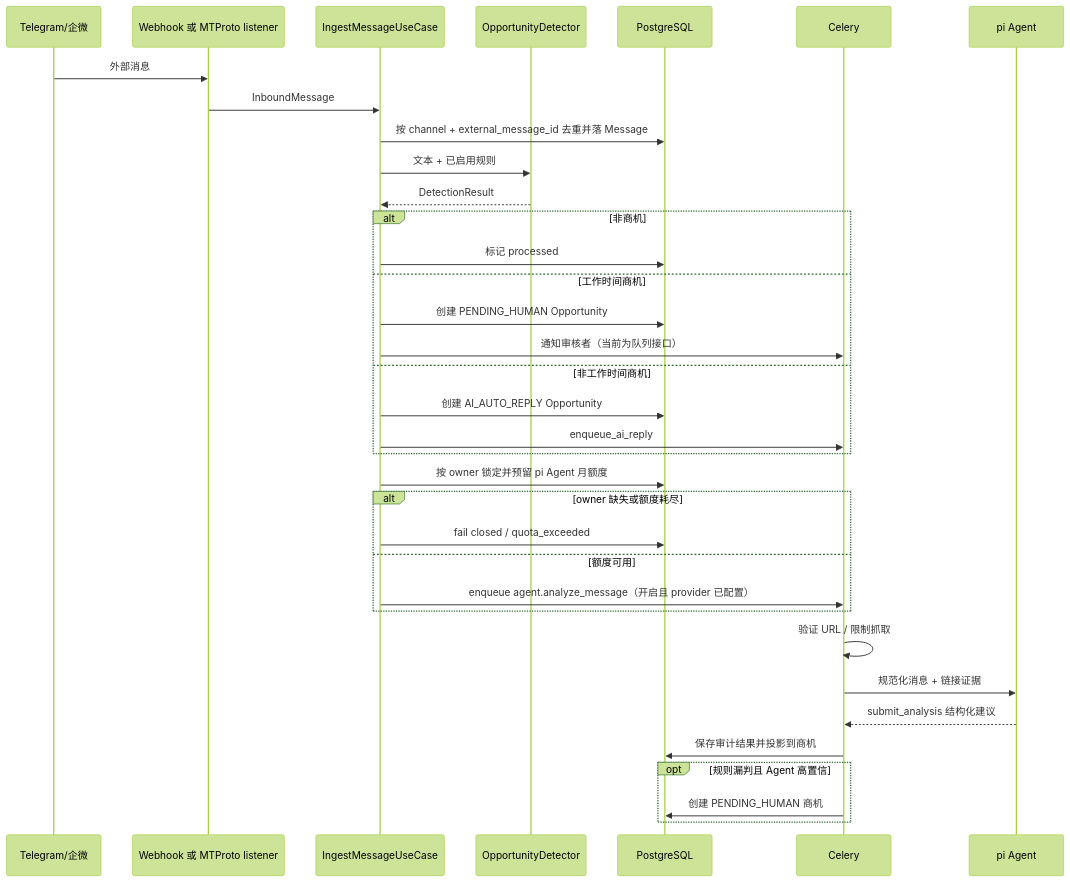
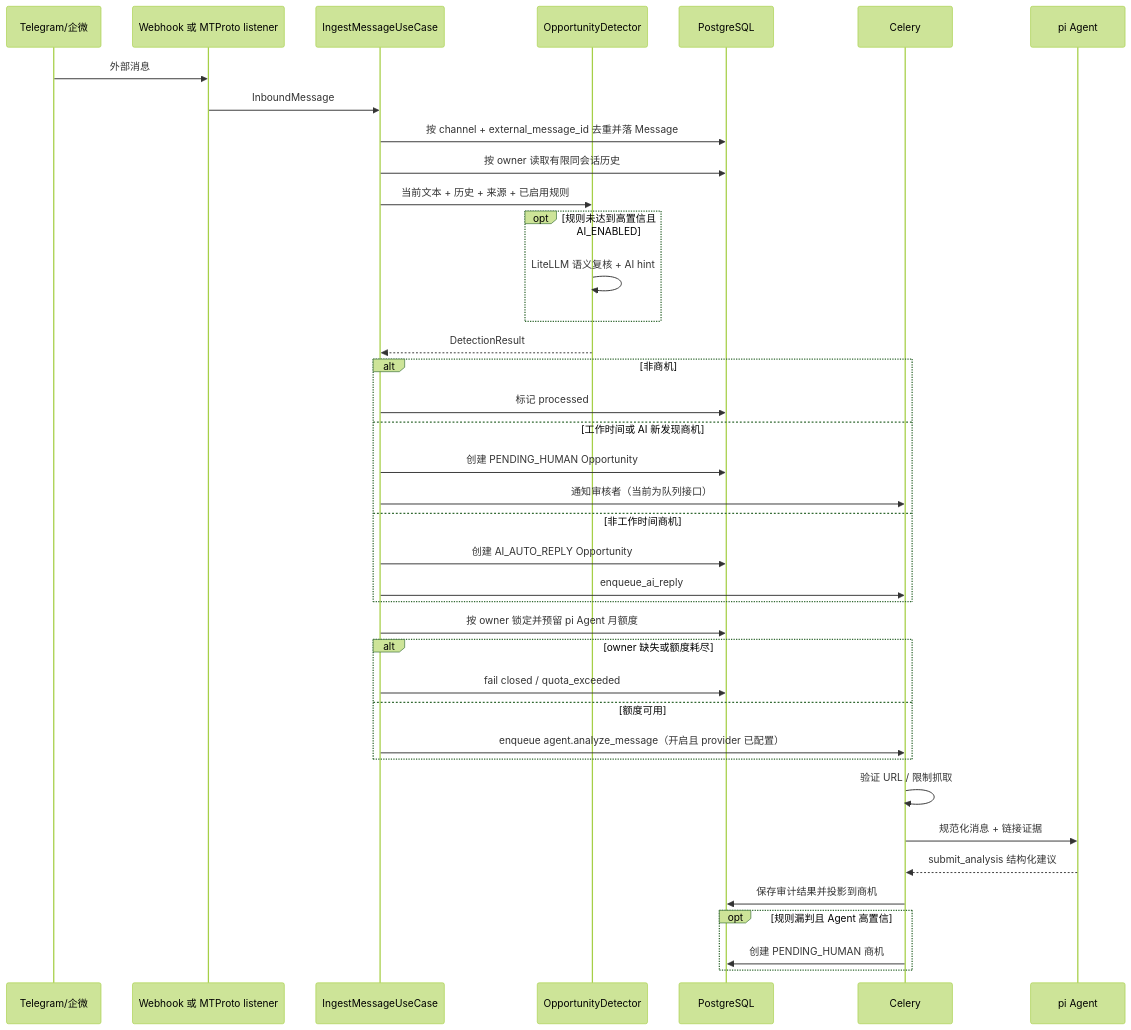
The third of 4 diagrams in docs/architecture/overview.md (story2u/OpenMIRA), drawn with Mermaid (forest theme) before and after one commit. The commit also changed other lines of this file and 13 other files, not shown here.

````diff
--- a/docs/architecture/overview.md
+++ b/docs/architecture/overview.md
@@ -104,38 +104,42 @@
 ```mermaid
 sequenceDiagram
     participant IM as Telegram/企微
     participant E as Webhook 或 MTProto listener
     participant U as IngestMessageUseCase
     participant D as OpportunityDetector
     participant DB as PostgreSQL
     participant Q as Celery
     participant P as pi Agent
 
     IM->>E: 外部消息
     E->>U: InboundMessage
     U->>DB: 按 channel + external_message_id 去重并落 Message
-    U->>D: 文本 + 已启用规则
+    U->>DB: 按 owner 读取有限同会话历史
+    U->>D: 当前文本 + 历史 + 来源 + 已启用规则
+    opt 规则未达到高置信且 AI_ENABLED
+        D->>D: LiteLLM 语义复核 + AI hint
+    end
     D-->>U: DetectionResult
     alt 非商机
         U->>DB: 标记 processed
-    else 工作时间商机
+    else 工作时间或 AI 新发现商机
         U->>DB: 创建 PENDING_HUMAN Opportunity
         U->>Q: 通知审核者（当前为队列接口）
     else 非工作时间商机
         U->>DB: 创建 AI_AUTO_REPLY Opportunity
         U->>Q: enqueue_ai_reply
     end
     U->>DB: 按 owner 锁定并预留 pi Agent 月额度
     alt owner 缺失或额度耗尽
         U->>DB: fail closed / quota_exceeded
     else 额度可用
         U->>Q: enqueue agent.analyze_message（开启且 provider 已配置）
     end
     Q->>Q: 验证 URL / 限制抓取
     Q->>P: 规范化消息 + 链接证据
     P-->>Q: submit_analysis 结构化建议
     Q->>DB: 保存审计结果并投影到商机
     opt 规则漏判且 Agent 高置信
         Q->>DB: 创建 PENDING_HUMAN 商机
     end
 ```
````
